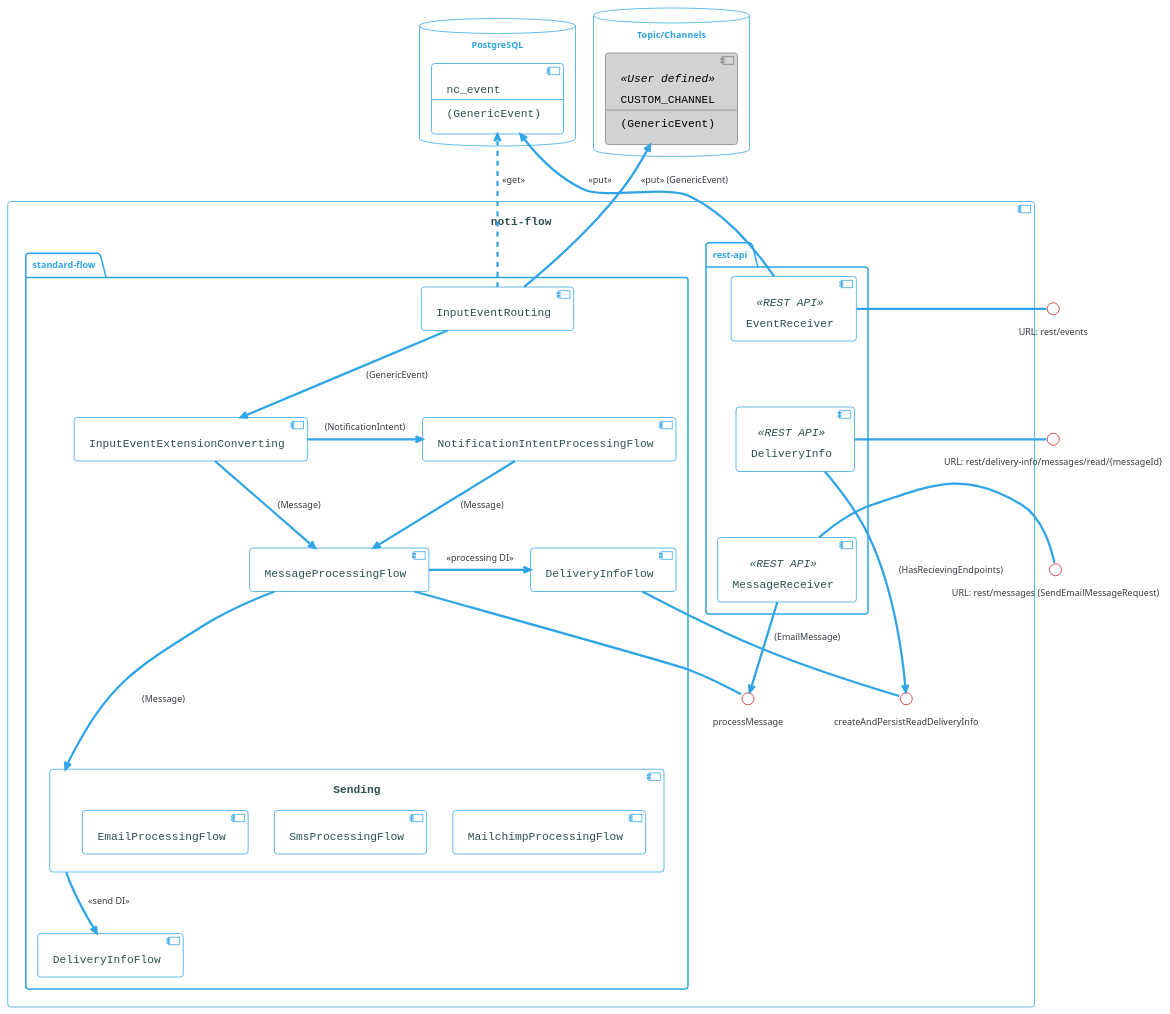
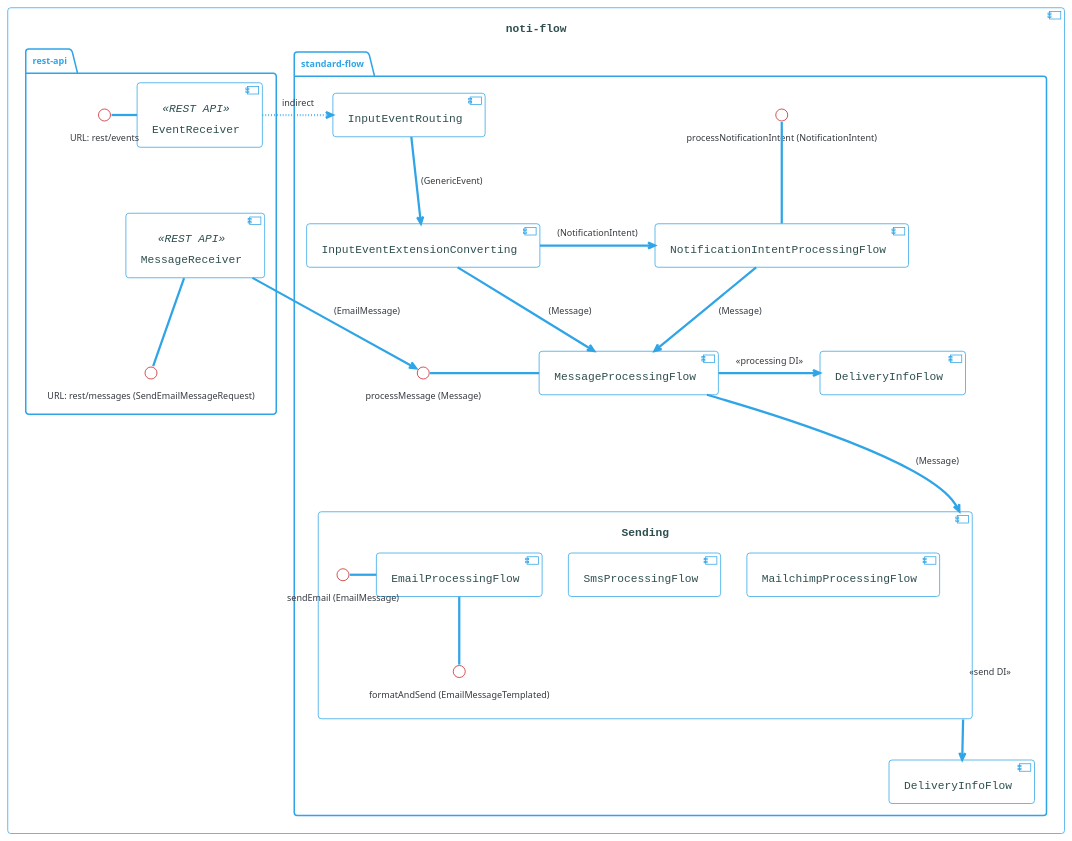
One commit to com-obj/notiflow changed the diagram in diagrams/noti-flow-standard-flow.puml. Above: the diagram before and after it, drawn with PlantUML. The commit also changed 5 other files, not shown here.

Commit message:
update diagrams

```diff
--- a/diagrams/noti-flow-standard-flow.puml
+++ b/diagrams/noti-flow-standard-flow.puml
@@ -1,112 +1,81 @@
 @startuml
 !theme cerulean-outline
 
 
 skinparam component {
     BackgroundColor<<user defined>> LightGray
     BorderColor<<user defined>> Gray
     FontColor<<user defined>> Black
     ArrowColor<<get>> #FF6655
 
     FontColor DarkSlateGray
     FontName Courier
     FontSize 15
 
     FontSize<<PUB/SUB>> 12
 }
 
-
-
-    
-database "PostgreSQL" {
-    component nc_event [
-        nc_event
-        --
-        (GenericEvent)
-    ]
-}
-
-database "Topic/Channels" {
-
-    component CUSTOM_CHANNEL<<User defined>> [
-        CUSTOM_CHANNEL
-        --
-        (GenericEvent)
-    ]
-
-}
-
 component [noti-flow] as mainFlow {
-
-    package rest-api {
-        [EventReceiver]<<REST API>>
-        [MessageReceiver]<<REST API>>
-        [DeliveryInfo]<<REST API>>
-
-        EventReceiver --[hidden] DeliveryInfo
-        DeliveryInfo --[hidden] MessageReceiver
-    }
 
     package standard-flow {
         [InputEventRouting]
         [InputEventExtensionConverting]
 
         InputEventRouting --> InputEventExtensionConverting: (GenericEvent)
 
         [MessageProcessingFlow]
         [NotificationIntentProcessingFlow]
 
         InputEventExtensionConverting -> NotificationIntentProcessingFlow: (NotificationIntent)
         InputEventExtensionConverting --> MessageProcessingFlow: (Message)
 
         component Sending {
             [EmailProcessingFlow]
             [SmsProcessingFlow]
             [MailchimpProcessingFlow]
 
             EmailProcessingFlow -[hidden]> SmsProcessingFlow
             SmsProcessingFlow -[hidden]> MailchimpProcessingFlow
+
+            interface "sendEmail (EmailMessage)" as sendEmail
+            EmailProcessingFlow -l- sendEmail
+            interface "formatAndSend (EmailMessageTemplated)" as formatAndSendEmail
+            EmailProcessingFlow -- formatAndSendEmail
         }
 
         NotificationIntentProcessingFlow --> MessageProcessingFlow: (Message)
         MessageProcessingFlow ---> Sending: (Message)
 
         [DeliveryInfoFlow] as DeliveryInfoFlow1
-        [DeliveryInfoFlow] as DeliveryInfoFlow2
+        [DeliveryInfoFlow] as DeliveryInfoFlow
         MessageProcessingFlow -> DeliveryInfoFlow1: <<processing DI>>
 
-        Sending -d-> DeliveryInfoFlow2: <<send DI>>
+        Sending ---> DeliveryInfoFlow: <<send DI>>
+
+        interface "processMessage (Message)" as processMessageInt        
+        MessageProcessingFlow -l- processMessageInt
+
+        interface "processNotificationIntent (NotificationIntent)" as processNotificationIntent
+        NotificationIntentProcessingFlow -u- processNotificationIntent
+    }
+
+    package rest-api {
+        [EventReceiver]<<REST API>>
+        interface "URL: rest/events" as restEventInt
+        restEventInt - EventReceiver
+
+        [MessageReceiver]<<REST API>>
+        interface "URL: rest/messages (SendEmailMessageRequest)" as restMessagesInt
+        restMessagesInt -u- MessageReceiver
 
 
+        EventReceiver --[hidden] MessageReceiver
+
+        MessageReceiver --> processMessageInt: (EmailMessage)
     }
 
-        interface "processMessage" as processMessageInt
-        MessageProcessingFlow -- processMessageInt
-
-        interface "createAndPersistReadDeliveryInfo" as readDIInt
-        DeliveryInfoFlow1 -- readDIInt
+    EventReceiver -[dotted]> InputEventRouting: indirect
 
 }
 
-    interface "URL: rest/events" as restEventInt
-    EventReceiver - restEventInt
-    interface "URL: rest/messages (SendEmailMessageRequest)" as restMessagesInt
-    MessageReceiver - restMessagesInt
-    interface "URL: rest/delivery-info/messages/read/{messageId}" as restDIReadInt
-    DeliveryInfo - restDIReadInt
-
-    EventReceiver -u-> nc_event: <<put>>
-    InputEventRouting .> nc_event: <<get>>
-    InputEventRouting -u-> CUSTOM_CHANNEL: <<put>> (GenericEvent)
-
-
-
-
-
-
-MessageReceiver --> processMessageInt: (EmailMessage)
-DeliveryInfo --> readDIInt: (HasRecievingEndpoints)
-
-
-
 @enduml
```
